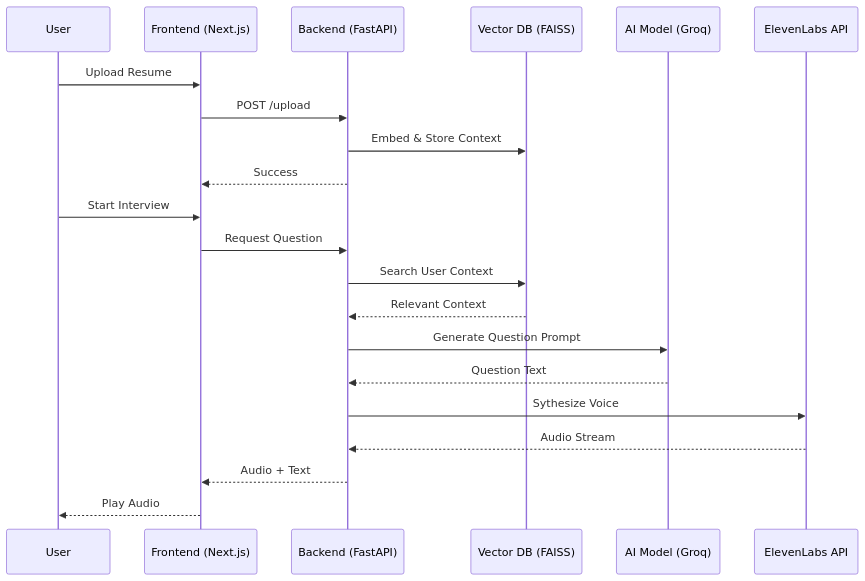
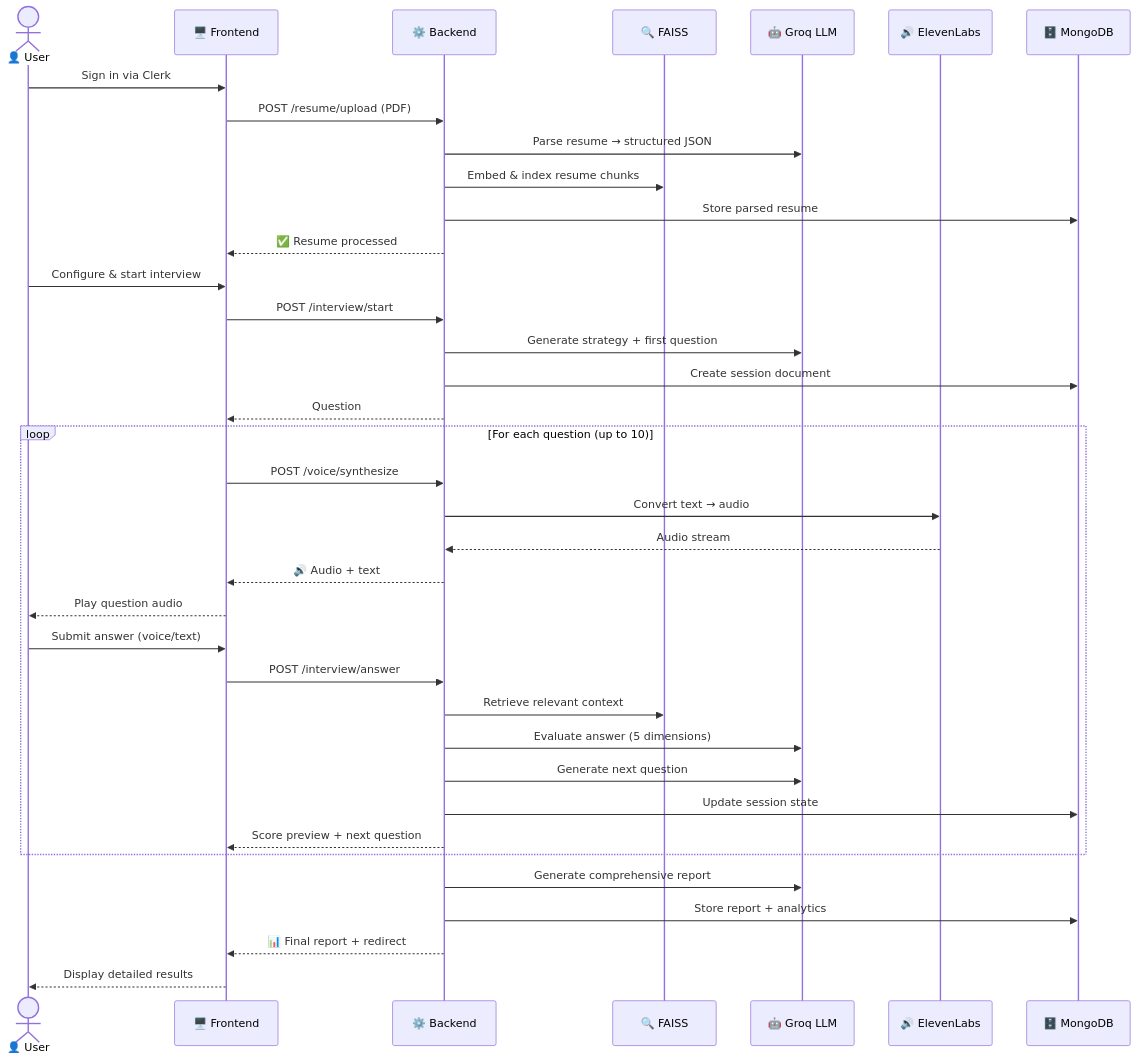
The second of 2 diagrams in README.md (amansingh4012/InterviewIQ), drawn with Mermaid before and after one commit. The commit also changed other lines of this file, not shown here.

Commit message:
docs: overhaul README with enhanced project details, expanded feature descriptions, updated tech stack tables, and improved architecture diagrams.

````diff
--- a/README.md
+++ b/README.md
@@ -118,24 +206,44 @@
 ```mermaid
 sequenceDiagram
-    participant U as User
-    participant F as Frontend (Next.js)
-    participant B as Backend (FastAPI)
-    participant V as Vector DB (FAISS)
-    participant AI as AI Model (Groq)
-    participant E as ElevenLabs API
+    actor U as 👤 User
+    participant F as 🖥️ Frontend
+    participant B as ⚙️ Backend
+    participant V as 🔍 FAISS
+    participant AI as 🤖 Groq LLM
+    participant TTS as 🔊 ElevenLabs
+    participant DB as 🗄️ MongoDB
 
-    U->>F: Upload Resume
-    F->>B: POST /upload
-    B->>V: Embed & Store Context
-    B-->>F: Success
-    U->>F: Start Interview
-    F->>B: Request Question
-    B->>V: Search User Context
-    V-->>B: Relevant Context
-    B->>AI: Generate Question Prompt
-    AI-->>B: Question Text
-    B->>E: Sythesize Voice
-    E-->>B: Audio Stream
-    B-->>F: Audio + Text
-    F-->>U: Play Audio
+    U->>F: Sign in via Clerk
+    F->>B: POST /resume/upload (PDF)
+    B->>AI: Parse resume → structured JSON
+    B->>V: Embed & index resume chunks
+    B->>DB: Store parsed resume
+    B-->>F: ✅ Resume processed
+
+    U->>F: Configure & start interview
+    F->>B: POST /interview/start
+    B->>AI: Generate strategy + first question
+    B->>DB: Create session document
+    B-->>F: Question #1
+
+    loop For each question (up to 10)
+        F->>B: POST /voice/synthesize
+        B->>TTS: Convert text → audio
+        TTS-->>B: Audio stream
+        B-->>F: 🔊 Audio + text
+        F-->>U: Play question audio
+
+        U->>F: Submit answer (voice/text)
+        F->>B: POST /interview/answer
+        B->>V: Retrieve relevant context
+        B->>AI: Evaluate answer (5 dimensions)
+        B->>AI: Generate next question
+        B->>DB: Update session state
+        B-->>F: Score preview + next question
+    end
+
+    B->>AI: Generate comprehensive report
+    B->>DB: Store report + analytics
+    B-->>F: 📊 Final report + redirect
+    F-->>U: Display detailed results
 ```
````
